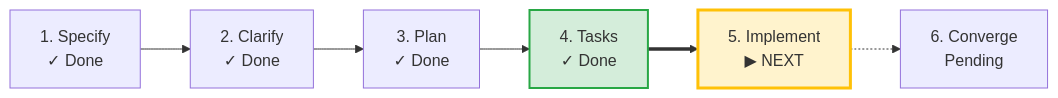
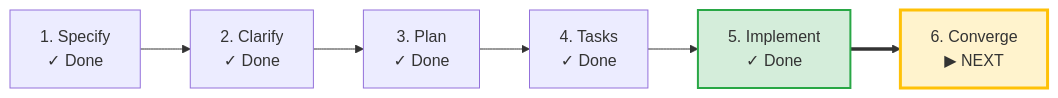
The diagram in specs/003-lifecycle-title-resolution/lifecycle.md (k-electron/speckitplus), drawn with Mermaid before and after one commit. The commit also changed other lines of this file and 9 other files, not shown here.

````diff
--- a/specs/003-lifecycle-title-resolution/lifecycle.md
+++ b/specs/003-lifecycle-title-resolution/lifecycle.md
@@ -69,10 +87,10 @@
 ```mermaid
 graph LR
     S["1. Specify<br/>✓ Done"] --> C["2. Clarify<br/>✓ Done"]
     C --> P["3. Plan<br/>✓ Done"]
     P --> T["4. Tasks<br/>✓ Done"]
-    T ==> I["5. Implement<br/>▶ NEXT"]
-    I -.-> V["6. Converge<br/>Pending"]
-    style T fill:#d4edda,stroke:#28a745,stroke-width:2px
-    style I fill:#fff3cd,stroke:#ffc107,stroke-width:3px
+    T --> I["5. Implement<br/>✓ Done"]
+    I ==> V["6. Converge<br/>▶ NEXT"]
+    style I fill:#d4edda,stroke:#28a745,stroke-width:2px
+    style V fill:#fff3cd,stroke:#ffc107,stroke-width:3px
 ```
````
